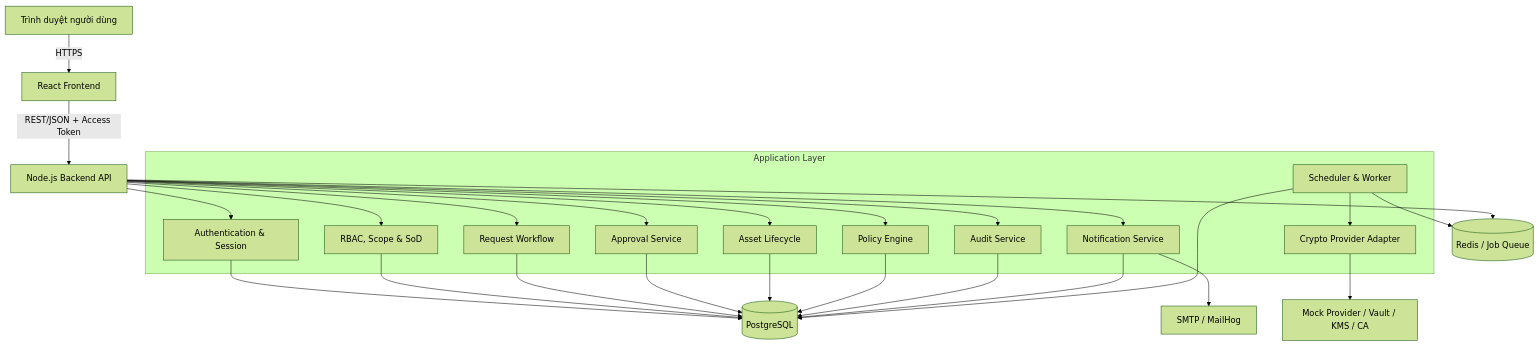
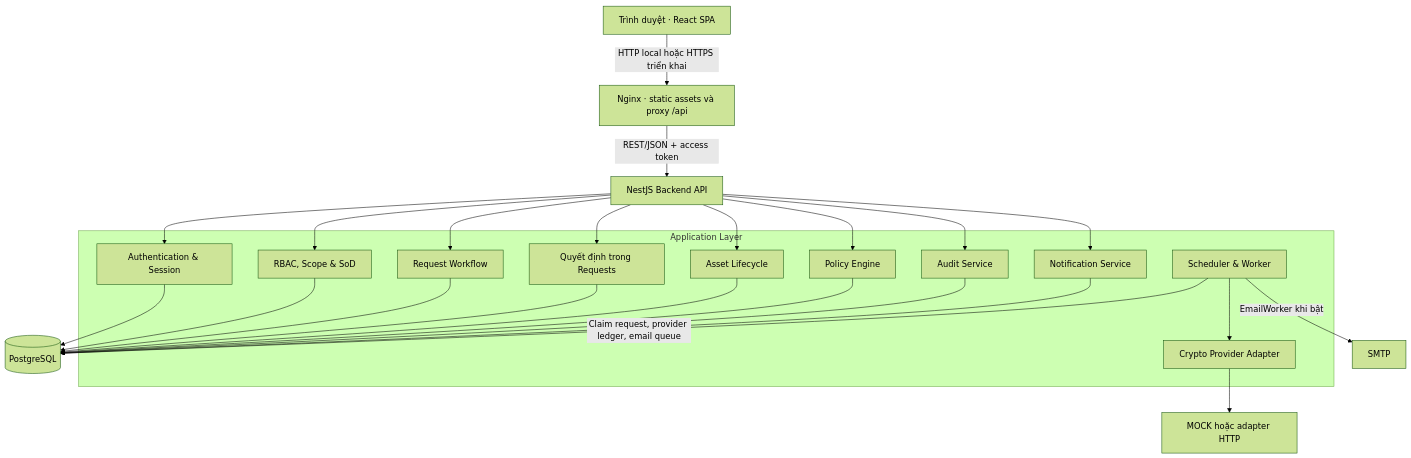
Before and after one commit to Eyblcat12/Cryta: the second of 7 diagrams in 02_so_do_he_thong_tong_quat.md, drawn with Mermaid (forest theme). The commit also changed other lines of this file and 356 other files, not shown here.

````diff
--- a/02_so_do_he_thong_tong_quat.md
+++ b/02_so_do_he_thong_tong_quat.md
@@ -36,43 +38,41 @@
 ```mermaid
 flowchart TB
-    B["Trình duyệt người dùng"] -->|"HTTPS"| FE["React Frontend"]
-    FE -->|"REST/JSON + Access Token"| API["Node.js Backend API"]
+    B["Trình duyệt · React SPA"] -->|"HTTP local hoặc HTTPS triển khai"| FE["Nginx · static assets và proxy /api"]
+    FE -->|"REST/JSON + access token"| API["NestJS Backend API"]
 
     subgraph APP["Application Layer"]
         AUTH["Authentication & Session"]
         IAM["RBAC, Scope & SoD"]
         REQ["Request Workflow"]
-        APR["Approval Service"]
+        APR["Quyết định trong Requests"]
         ASSET["Asset Lifecycle"]
         POLICY["Policy Engine"]
         AUDIT["Audit Service"]
         NOTI["Notification Service"]
         JOB["Scheduler & Worker"]
         ADAPTER["Crypto Provider Adapter"]
     end
 
     API --> AUTH
     API --> IAM
     API --> REQ
     API --> APR
     API --> ASSET
     API --> POLICY
     API --> AUDIT
     API --> NOTI
 
     AUTH --> DB[("PostgreSQL")]
     IAM --> DB
     REQ --> DB
     APR --> DB
     ASSET --> DB
     POLICY --> DB
     AUDIT --> DB
     NOTI --> DB
 
-    API --> QUEUE[("Redis / Job Queue")]
-    JOB --> QUEUE
-    JOB --> DB
+    JOB -->|"Claim request, provider ledger, email queue"| DB
     JOB --> ADAPTER
-    ADAPTER --> PROVIDER["Mock Provider / Vault / KMS / CA"]
-    NOTI --> MAIL["SMTP / MailHog"]
+    ADAPTER --> PROVIDER["MOCK hoặc adapter HTTP"]
+    JOB -->|"EmailWorker khi bật"| MAIL["SMTP"]
 ```
````
